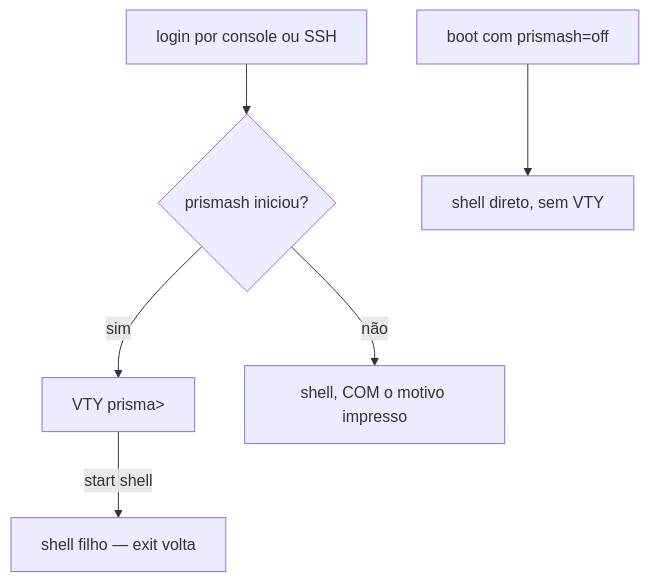
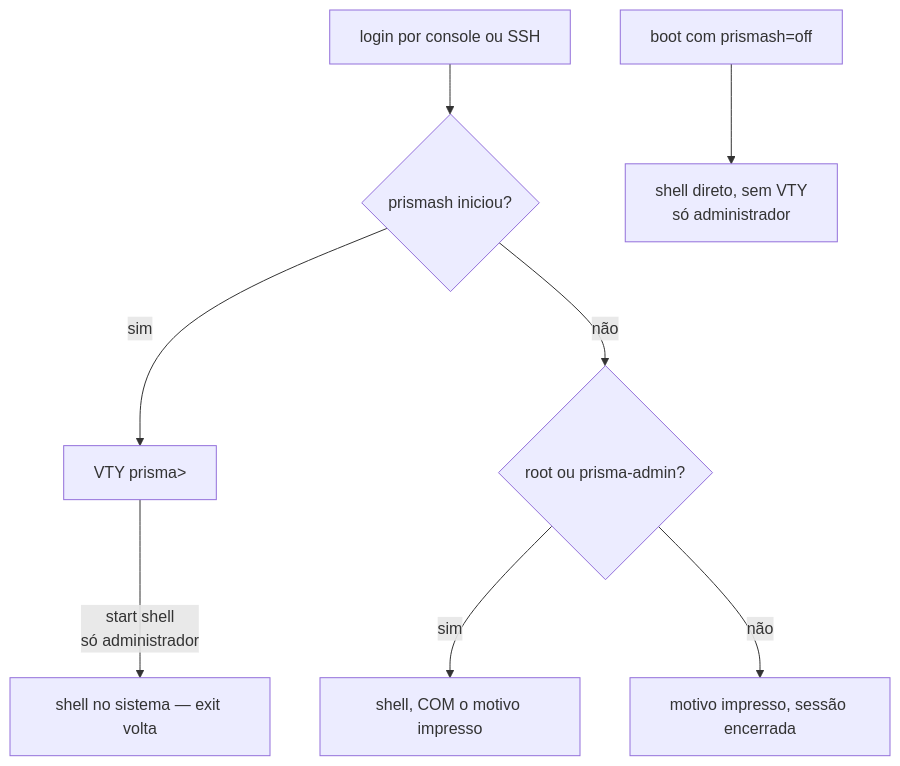
The diagram in wiki/comecar-aqui/acesso-login-e-papeis.md (andrediashexa/prismarouting), drawn with Mermaid before and after one commit. The commit also changed other lines of this file and 33 other files, not shown here.

````diff
--- a/wiki/comecar-aqui/acesso-login-e-papeis.md
+++ b/wiki/comecar-aqui/acesso-login-e-papeis.md
@@ -3,8 +5,10 @@
 ```mermaid
 flowchart TD
     L["login por console ou SSH"] --> H{"prismash iniciou?"}
     H -->|sim| V["VTY prisma&gt;"]
-    H -->|não| F["shell, COM o motivo impresso"]
-    V -->|"start shell"| S["shell filho — exit volta"]
-    B["boot com prismash=off"] --> F2["shell direto, sem VTY"]
+    H -->|não| A{"root ou prisma-admin?"}
+    A -->|sim| F["shell, COM o motivo impresso"]
+    A -->|não| E["motivo impresso, sessão encerrada"]
+    V -->|"start shell<br/>só administrador"| S["shell no sistema — exit volta"]
+    B["boot com prismash=off"] --> F2["shell direto, sem VTY<br/>só administrador"]
 ```
````
